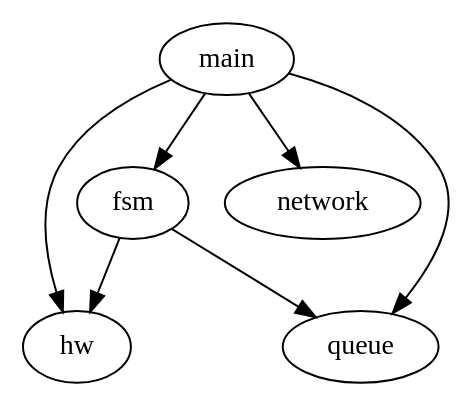
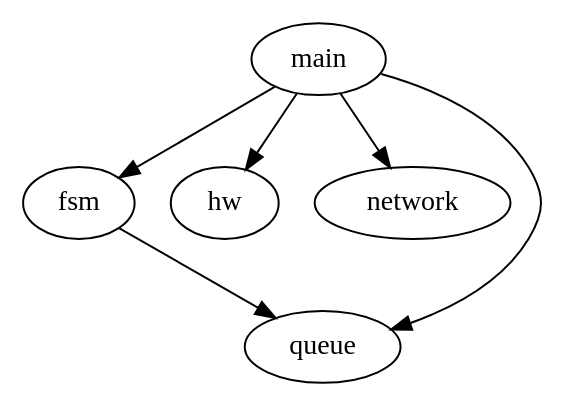
One commit to mmshabab90/TTK4145-Heis changed the diagram in Documentation/dependancy_diagram.gv. Above: the diagram before and after it, drawn with Graphviz.

Commit message:
New dependancy diagram

```diff
--- a/Documentation/dependancy_diagram.gv
+++ b/Documentation/dependancy_diagram.gv
@@ -1,8 +1,7 @@
 digraph G {
 	main -> fsm;
 	main -> hw;
 	main -> network;
 	main -> queue;
-	fsm -> hw;
 	fsm -> queue;
 }
```
